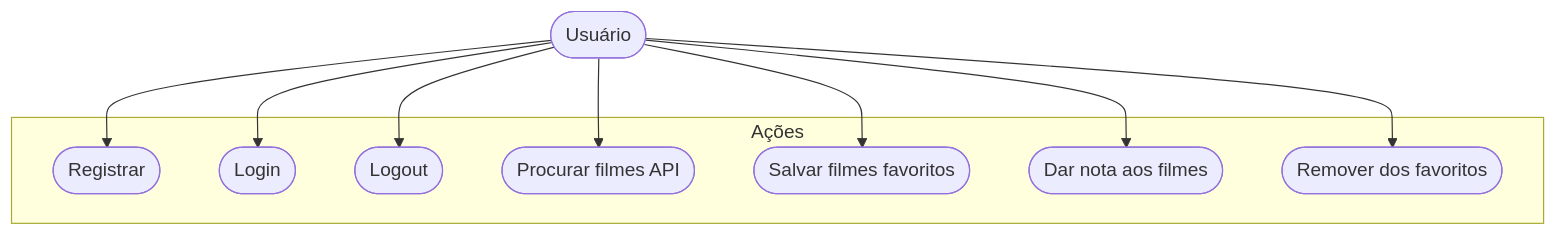
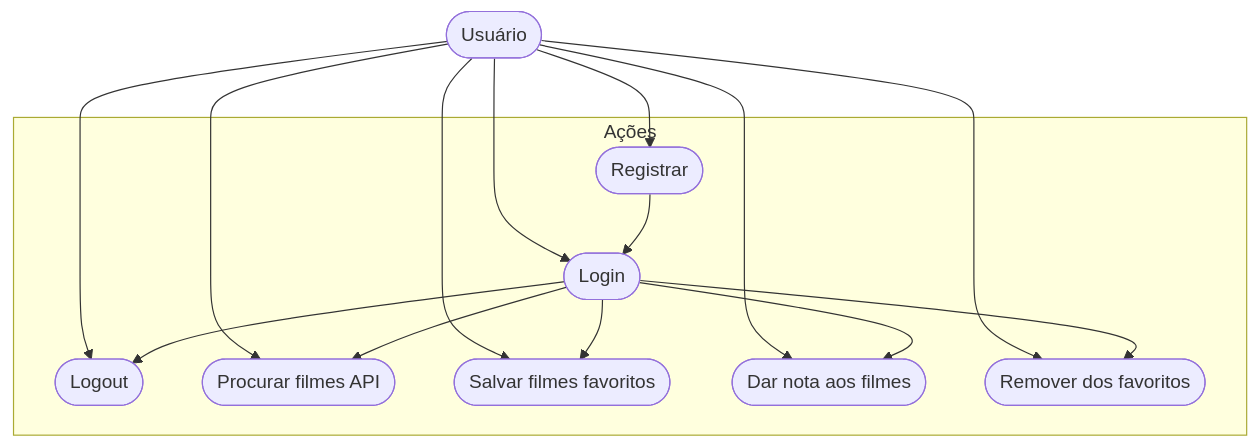
One commit to Mathdadz9/MobileB changed the second of 3 diagrams in firebase/cine_favorite/README.md. Above: the diagram before and after it, drawn with Mermaid. The commit also changed other lines of this file, not shown here.

````diff
--- a/firebase/cine_favorite/README.md
+++ b/firebase/cine_favorite/README.md
@@ -85,23 +85,29 @@
 ```mermaid
 graph TD
     subgraph "Ações"
         caso1([Registrar])
         caso2([Login])
         caso3([Logout])
         caso4([Procurar filmes API])
         caso5([Salvar filmes favoritos])
         caso6([Dar nota aos filmes])
         caso7([Remover dos favoritos])
     end
 
     User([Usuário]) 
 
     User --> caso1
     User --> caso2
     User --> caso3
     User --> caso4
     User --> caso5
     User --> caso6
     User --> caso7
 
+    caso1 --> caso2
+    caso2 --> caso3
+    caso2 --> caso4
+    caso2 --> caso5
+    caso2 --> caso6
+    caso2 --> caso7
 ```
````
